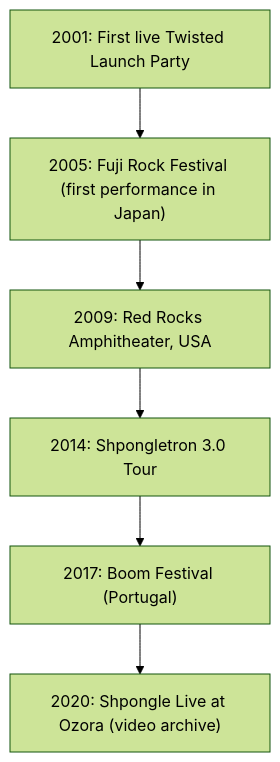
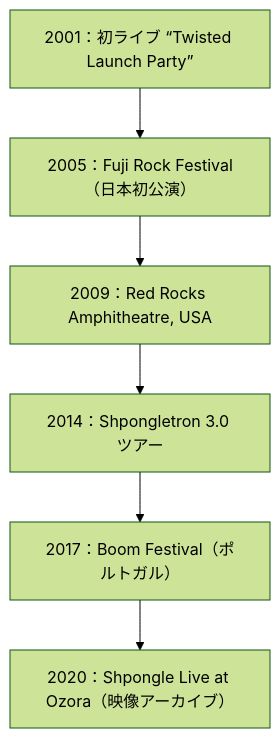
The third of 4 diagrams in en/_posts/2025-10-05-Column-Shpongle.md (monumental-movement/monumental-movement.github.io), drawn with Mermaid (forest theme) before and after one commit. The commit also changed other lines of this file and 1724 other files, not shown here.

```diff
--- a/en/_posts/2025-10-05-Column-Shpongle.md
+++ b/en/_posts/2025-10-05-Column-Shpongle.md
@@ -131,10 +140,10 @@
 <div class="mermaid">
 
 flowchart TD
-L2001["2001: First live "Twisted Launch Party""] --> L2005["2005: Fuji Rock Festival (first performance in Japan)"]
-L2005 --> L2009["2009: Red Rocks Amphitheater, USA"]
-L2009 --> L2014["2014: Shpongletron 3.0 Tour"]
-L2014 --> L2017["2017: Boom Festival (Portugal)"]
-L2017 --> L2020["2020: Shpongle Live at Ozora (video archive)"]
+  L2001["2001：初ライブ “Twisted Launch Party”"] --> L2005["2005：Fuji Rock Festival（日本初公演）"]
+  L2005 --> L2009["2009：Red Rocks Amphitheatre, USA"]
+  L2009 --> L2014["2014：Shpongletron 3.0 ツアー"]
+  L2014 --> L2017["2017：Boom Festival（ポルトガル）"]
+  L2017 --> L2020["2020：Shpongle Live at Ozora（映像アーカイブ）"]
 
 </div>
```
